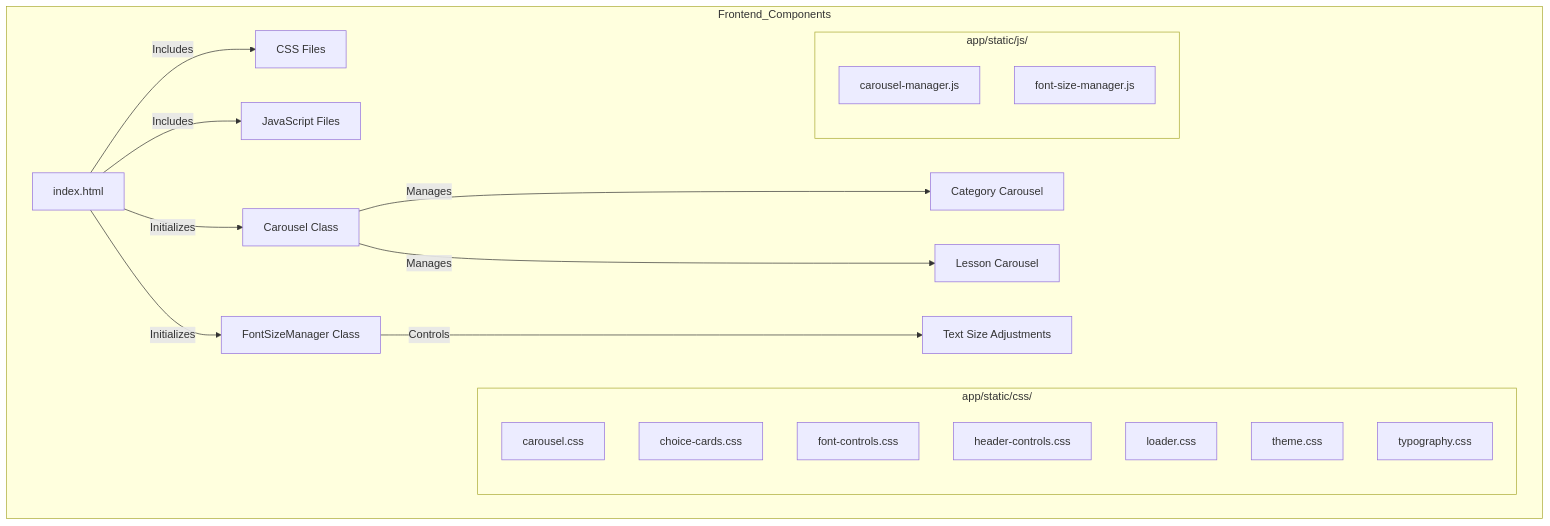
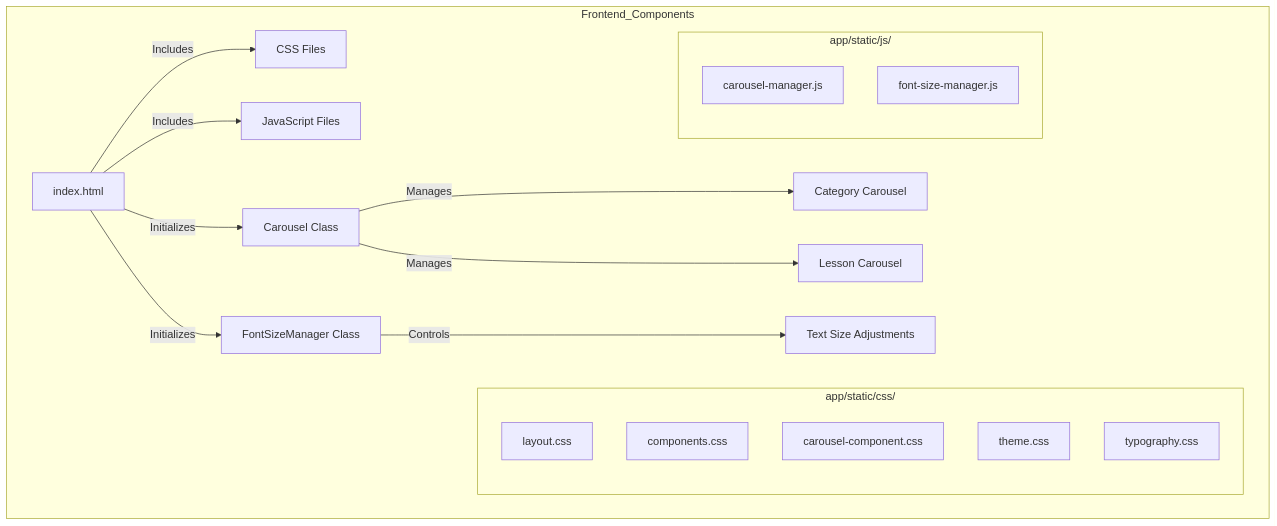
Before and after one commit to DesmondChoy/adventures: the third of 6 diagrams in memory-bank/systemPatterns.md, drawn with Mermaid. The commit also changed other lines of this file and 9 other files, not shown here.

````diff
--- a/memory-bank/systemPatterns.md
+++ b/memory-bank/systemPatterns.md
@@ -166,30 +166,28 @@
 ```mermaid
 flowchart TD
     subgraph Frontend_Components
         HTML[index.html] --> |"Includes"| CSS[CSS Files]
         HTML --> |"Includes"| JS[JavaScript Files]
         
         subgraph CSS_Files["app/static/css/"]
-            carousel_css[carousel.css]
-            choice_cards_css[choice-cards.css]
-            font_controls_css[font-controls.css]
-            header_controls_css[header-controls.css]
-            loader_css[loader.css]
+            layout_css[layout.css]
+            components_css[components.css]
+            carousel_component_css[carousel-component.css]
             theme_css[theme.css]
             typography_css[typography.css]
         end
         
         subgraph JS_Files["app/static/js/"]
             carousel_js[carousel-manager.js]
             font_size_js[font-size-manager.js]
         end
         
         HTML --> |"Initializes"| Carousel[Carousel Class]
         HTML --> |"Initializes"| FontSize[FontSizeManager Class]
         
         Carousel --> |"Manages"| CategoryCarousel[Category Carousel]
         Carousel --> |"Manages"| LessonCarousel[Lesson Carousel]
         
         FontSize --> |"Controls"| TextSize[Text Size Adjustments]
     end
 ```
````
